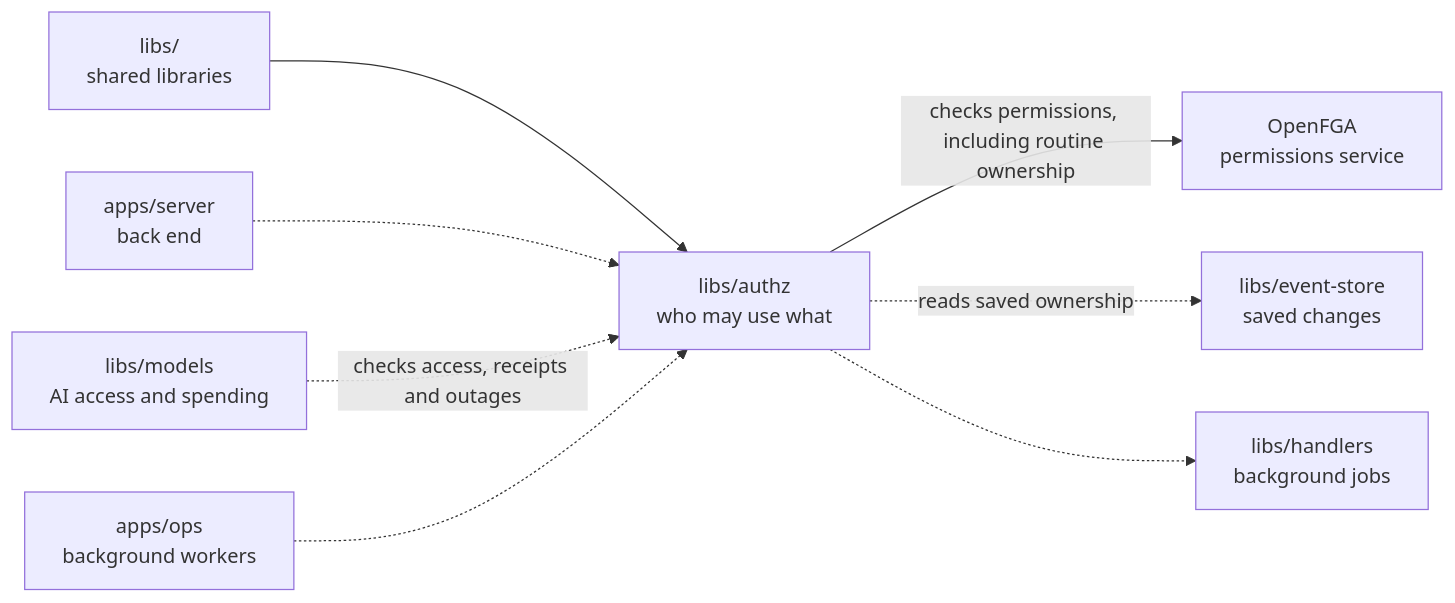
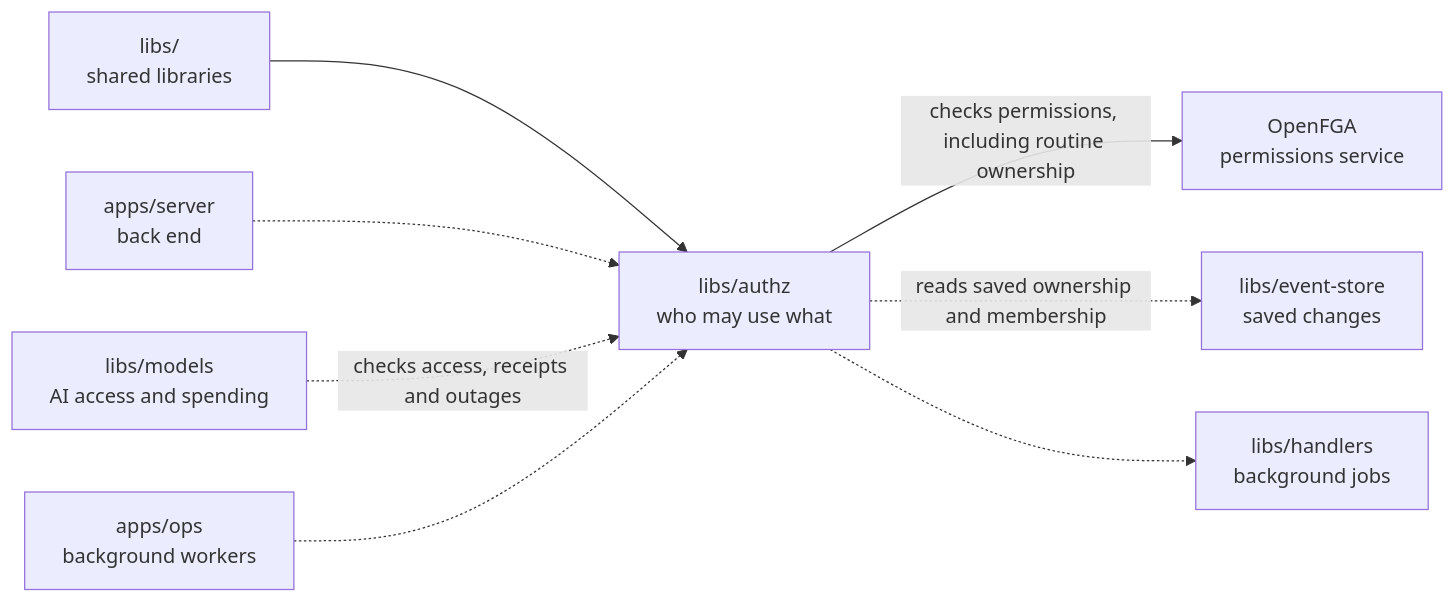
The diagram in libs/authz/README.md (elewa-git/opencrane-new), drawn with Mermaid before and after one commit. The commit also changed other lines of this file and 11 other files, not shown here.

````diff
--- a/libs/authz/README.md
+++ b/libs/authz/README.md
@@ -20,10 +20,10 @@
 ```mermaid
 flowchart LR
   parent["libs/<br/>shared libraries"] --> authz["libs/authz<br/>who may use what"]
   server["apps/server<br/>back end"] -.-> authz
   models["libs/models<br/>AI access and spending"] -.->|checks access, receipts and outages| authz
   ops["apps/ops<br/>background workers"] -.-> authz
   authz -->|checks permissions, including routine ownership| fga["OpenFGA<br/>permissions service"]
-  authz -.->|reads saved ownership| store["libs/event-store<br/>saved changes"]
+  authz -.->|reads saved ownership and membership| store["libs/event-store<br/>saved changes"]
   authz -.-> handlers["libs/handlers<br/>background jobs"]
 ```
````
